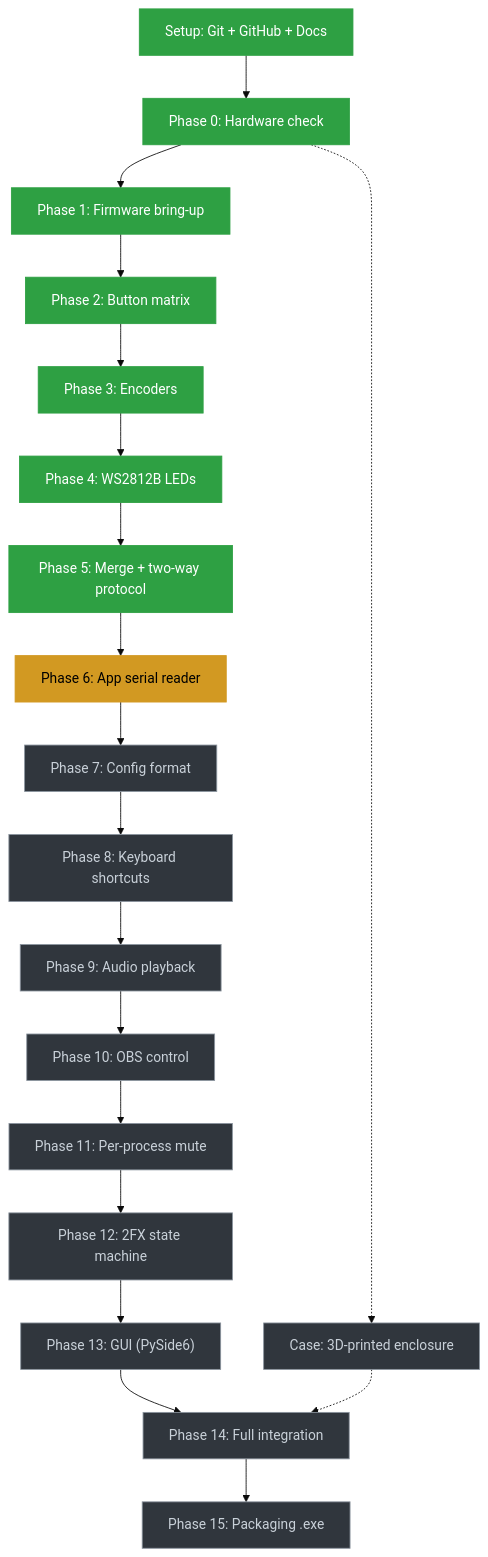
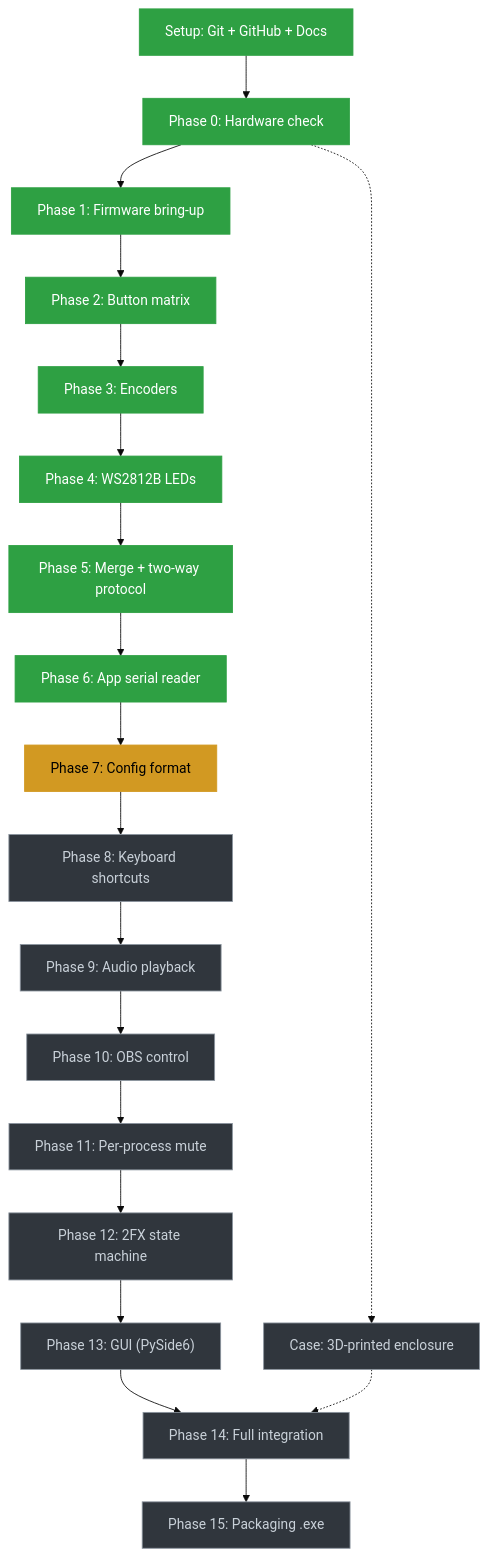
Before and after one commit to NeoCraftStudio/stream-deck-macro: the diagram in README.md, drawn with Mermaid (base theme). The commit also changed 3 other files, not shown here.

````diff
--- a/README.md
+++ b/README.md
@@ -19,25 +19,25 @@
 ```mermaid
 flowchart TD
     S["Setup: Git + GitHub + Docs"]:::done --> P0["Phase 0: Hardware check"]:::done
     P0 --> P1["Phase 1: Firmware bring-up"]:::done
     P1 --> P2["Phase 2: Button matrix"]:::done
     P2 --> P3["Phase 3: Encoders"]:::done
     P3 --> P4["Phase 4: WS2812B LEDs"]:::done
     P4 --> P5["Phase 5: Merge + two-way protocol"]:::done
-    P5 --> P6["Phase 6: App serial reader"]:::current
-    P6 --> P7["Phase 7: Config format"]:::todo
+    P5 --> P6["Phase 6: App serial reader"]:::done
+    P6 --> P7["Phase 7: Config format"]:::current
     P7 --> P8["Phase 8: Keyboard shortcuts"]:::todo
     P8 --> P9["Phase 9: Audio playback"]:::todo
     P9 --> P10["Phase 10: OBS control"]:::todo
     P10 --> P11["Phase 11: Per-process mute"]:::todo
     P11 --> P12["Phase 12: 2FX state machine"]:::todo
     P12 --> P13["Phase 13: GUI (PySide6)"]:::todo
     P13 --> P14["Phase 14: Full integration"]:::todo
     P14 --> P15["Phase 15: Packaging .exe"]:::todo
     P0 -.-> C["Case: 3D-printed enclosure"]:::todo
     C -.-> P14
 
     classDef done fill:#2ea043,stroke:#2ea043,color:#fff
     classDef current fill:#d29922,stroke:#d29922,color:#000
     classDef todo fill:#30363d,stroke:#8b949e,color:#c9d1d9
 ```
````
